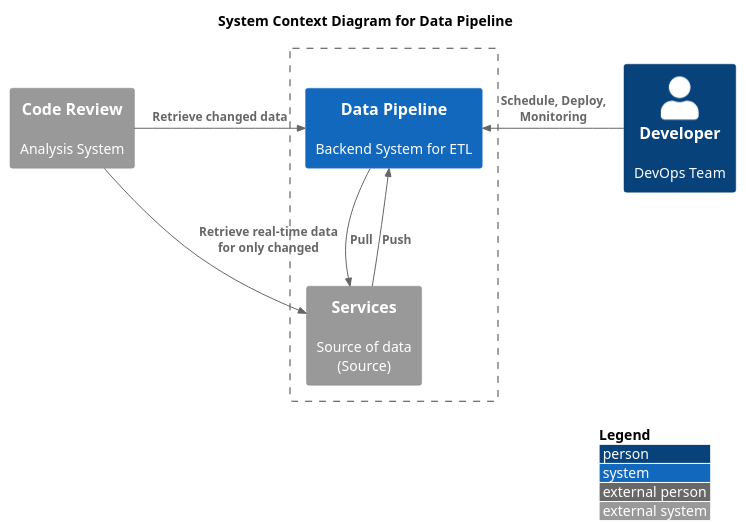
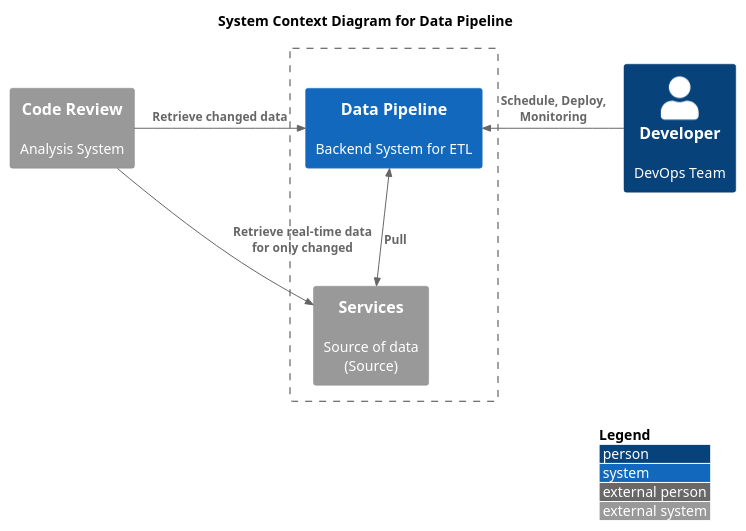
One commit to yanghoon/obsidian-workspace changed the first of 2 diagrams in _diary/2024-06-19.md. Above: the diagram before and after it, drawn with PlantUML.

Commit message:
vault backup: 2024-06-21 19:30:03

````diff
--- a/_diary/2024-06-19.md
+++ b/_diary/2024-06-19.md
@@ -3,21 +3,21 @@
 ```plantuml
 !include <C4/C4_Context.puml>
 
 LAYOUT_TOP_DOWN()
 LAYOUT_WITH_LEGEND()
 
 title System Context Diagram for Data Pipeline
 
 System_Ext(analysis, "Code Review", "Analysis System")
 Boundary(system, "") {
 	System_Ext(service, "Services", "Source of data\n(Source)")
 	System(app, "Data Pipeline", "Backend System for ETL")
 }
 Person(developer, "Developer", "DevOps Team")
 
 Rel_Right(analysis, app, "Retrieve changed data")
 Rel_Right(analysis, service, "Retrieve real-time data for only changed")
 Rel_Left(developer, app, "Schedule, Deploy, Monitoring")
-Rel_Down(app, service, "Pull")
-Rel_Down(service, app, "Push")
+BiRel(app, service, "Pull")
+' Rel(service, app, "Push")
 ```
````
